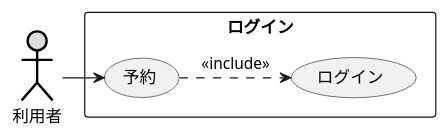
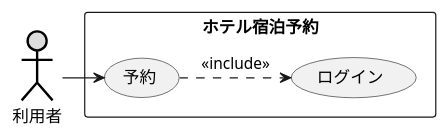
The diagram in 演習2-3_ホテル宿泊予約.pu (itouayumu/uml-introduction-), drawn with PlantUML before and after one commit.

Commit message:
演習

```diff
--- a/演習2-3_ホテル宿泊予約.pu
+++ b/演習2-3_ホテル宿泊予約.pu
@@ -1,10 +1,10 @@
 @startuml ユースケース図
     actor 利用者 as u1 #DDDDDD;line:black;line.bold;
-rectangle ログイン {
+rectangle ホテル宿泊予約 {
     
 usecase 予約 as a1
 usecase ログイン as a2
 }
 u1->a1
 a1 .> a2 : << include >>
 @enduml
```
